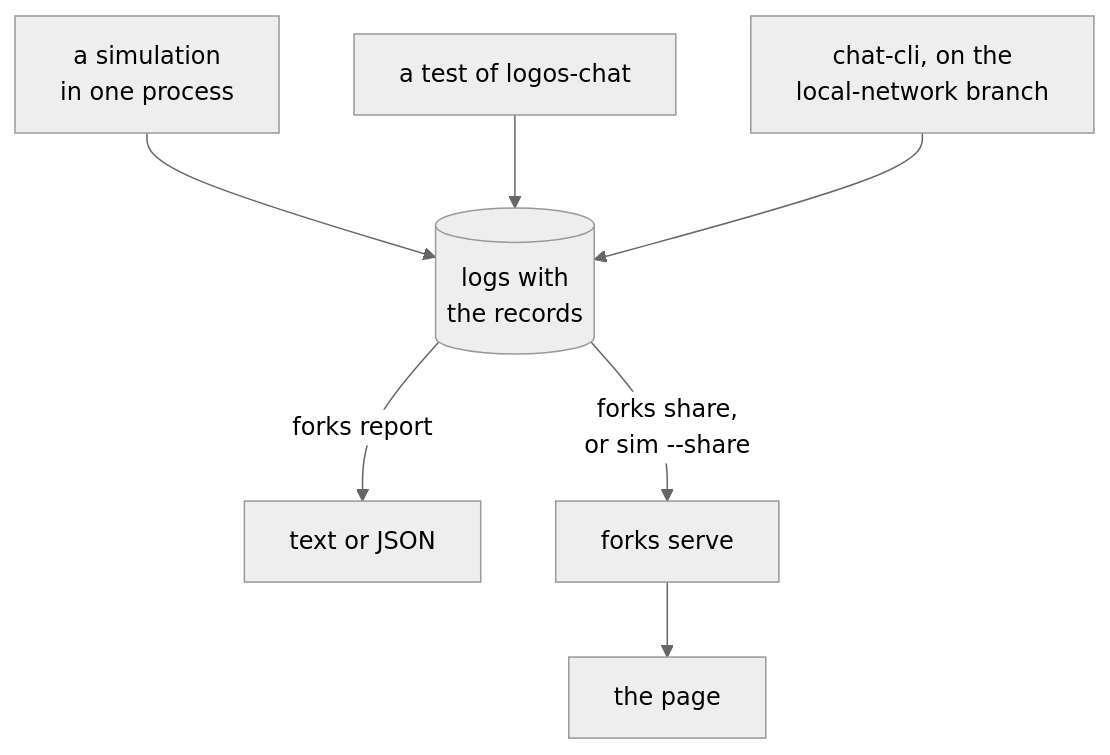
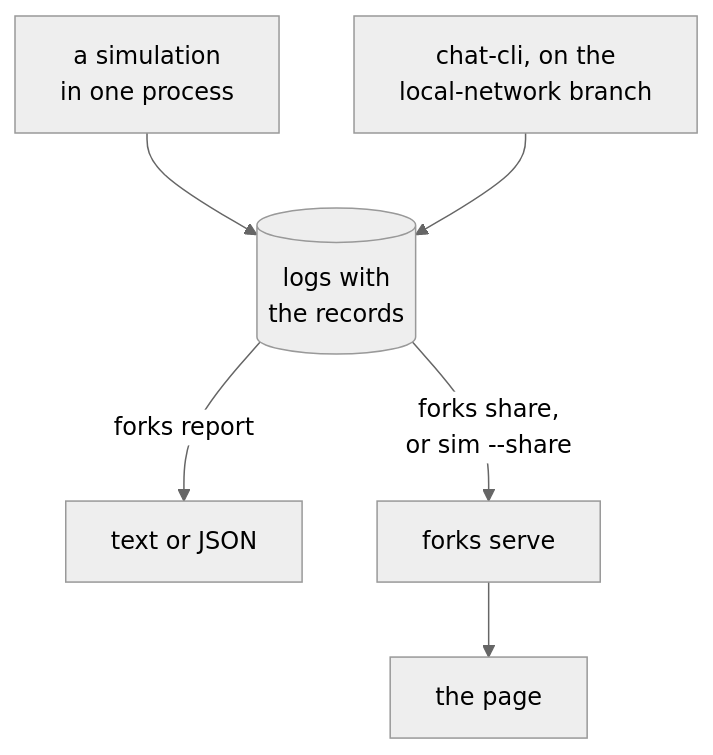
Before and after one commit to logos-messaging/chat-sim: the diagram in guide/src/content/docs/run-it.md, drawn with Mermaid (neutral theme). The commit also changed other lines of this file and 134 other files, not shown here.

First line of the commit message:
build: run logos-chat main and read its GroupV2 trace

````diff
--- a/guide/src/content/docs/run-it.md
+++ b/guide/src/content/docs/run-it.md
@@ -8,8 +8,7 @@
 ```mermaid
 flowchart TB
     s["a simulation<br/>in one process"] --> logs[("logs with<br/>the records")]
-    t["a test of logos-chat"] --> logs
     c["chat-cli, on the<br/>local-network branch"] --> logs
     logs -->|"forks report"| text["text or JSON"]
     logs -->|"forks share,<br/>or sim --share"| col["forks serve"] --> page["the page"]
 ```
````
